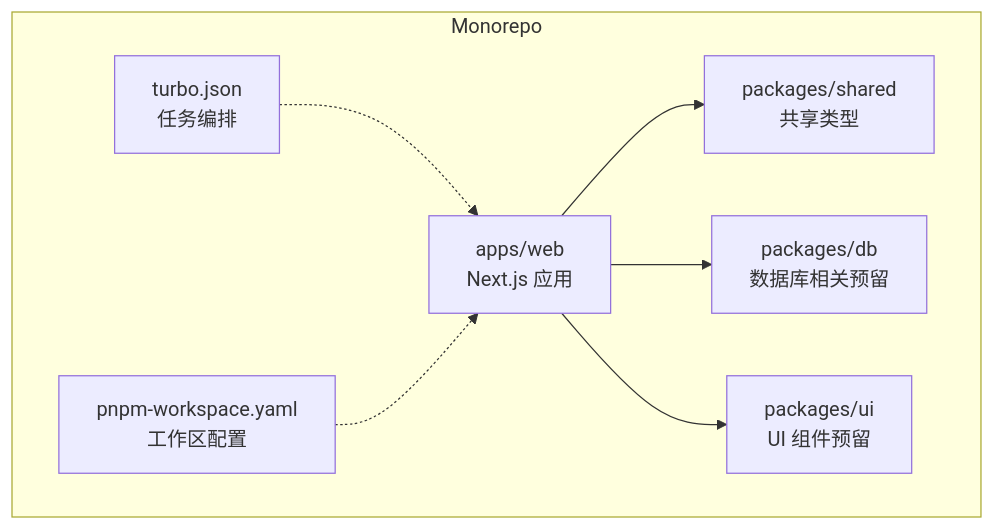
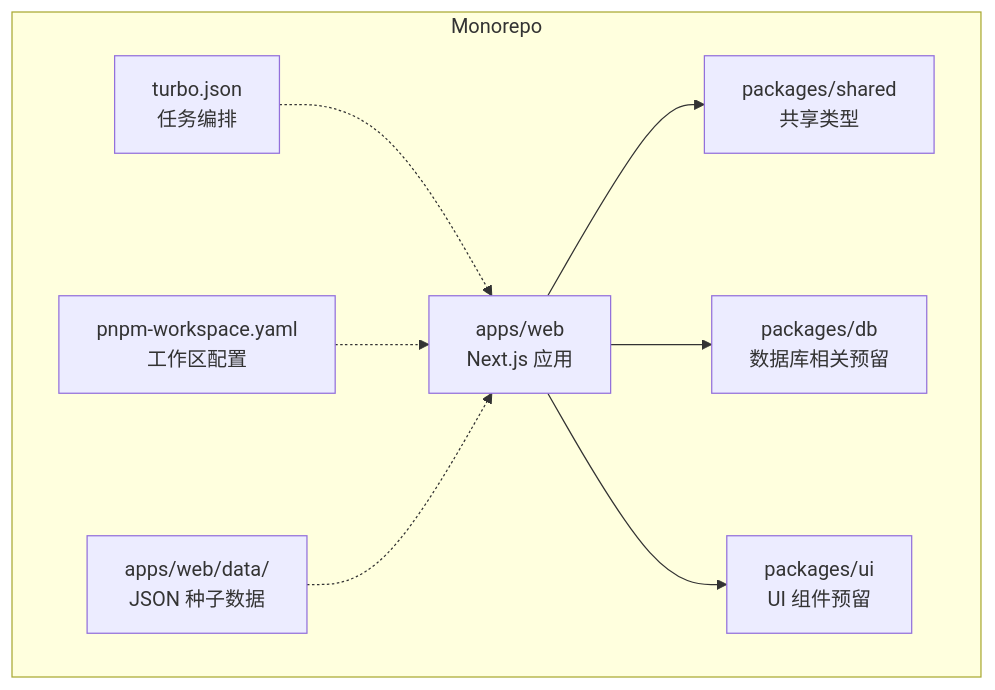
Before and after one commit to ai-guru-global/agent-up: the first of 6 diagrams in .qoder/repowiki/zh/content/项目概述.md, drawn with Mermaid. The commit also changed other lines of this file and 20 other files, not shown here.

````diff
--- a/.qoder/repowiki/zh/content/项目概述.md
+++ b/.qoder/repowiki/zh/content/项目概述.md
@@ -58,10 +106,11 @@
 ```mermaid
 graph TB
 subgraph "Monorepo"
 A["apps/web<br/>Next.js 应用"] --> B["packages/shared<br/>共享类型"]
 A --> C["packages/db<br/>数据库相关预留"]
 A --> D["packages/ui<br/>UI 组件预留"]
 E["turbo.json<br/>任务编排"] -.-> A
 F["pnpm-workspace.yaml<br/>工作区配置"] -.-> A
+G["apps/web/data/<br/>JSON 种子数据"] -.-> A
 end
 ```
````
